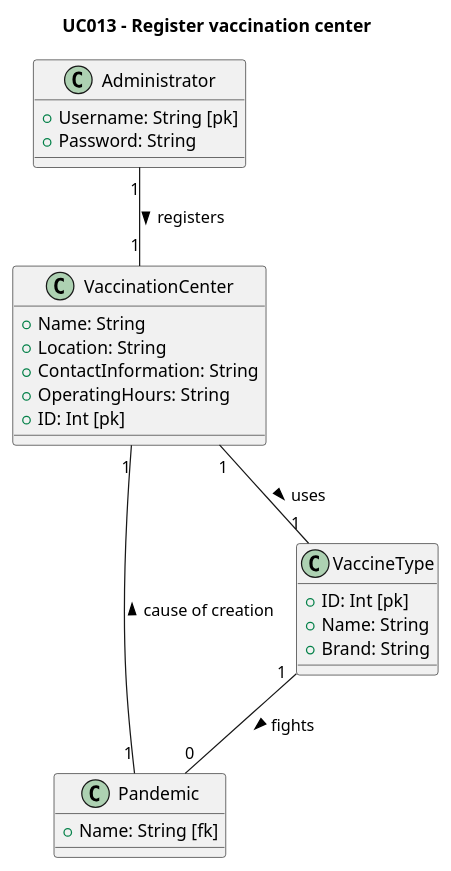
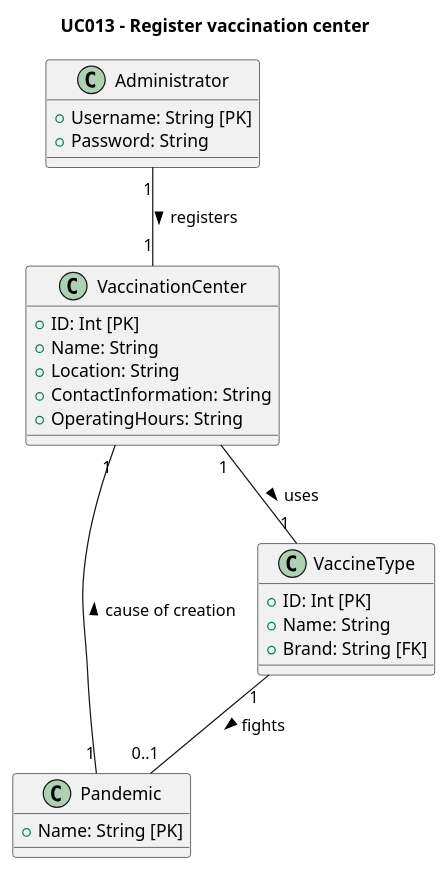
Before and after one commit to rafaafig/SnsTrab: the diagram in sns-base/doc/global/use-cases/UC013/uc-UCD013-DM.puml, drawn with PlantUML. The commit also changed 6 other files, not shown here.

```diff
--- a/sns-base/doc/global/use-cases/UC013/uc-UCD013-DM.puml
+++ b/sns-base/doc/global/use-cases/UC013/uc-UCD013-DM.puml
@@ -1,36 +1,36 @@
 @startuml
 'skinparam monochrome true
 'skinparam shadowing false
 
 title UC013 - Register vaccination center
 
 class Administrator {
-    +Username: String [pk]
+    +Username: String [PK]
     +Password: String
 }
 
 class VaccinationCenter {
+    +ID: Int [PK]
     +Name: String
     +Location: String
     +ContactInformation: String
     +OperatingHours: String
-    +ID: Int [pk]
 }
 
 class Pandemic {
-    +Name: String [fk]
+    +Name: String [PK]
 }
 
 class VaccineType {
-  +ID: Int [pk]
-  +Name: String
-  +Brand: String
+    +ID: Int [PK]
+    +Name: String
+    +Brand: String [FK]
 }
 
 ' Relationships
 Administrator "1" -- "1" VaccinationCenter : registers >
 VaccinationCenter "1" -- "1" VaccineType : uses >
-VaccineType "1" -- "0" Pandemic : fights >
+VaccineType "1" -- "0..1" Pandemic : fights >
 VaccinationCenter "1" -- "1" Pandemic : cause of creation <
 
 @enduml
```
